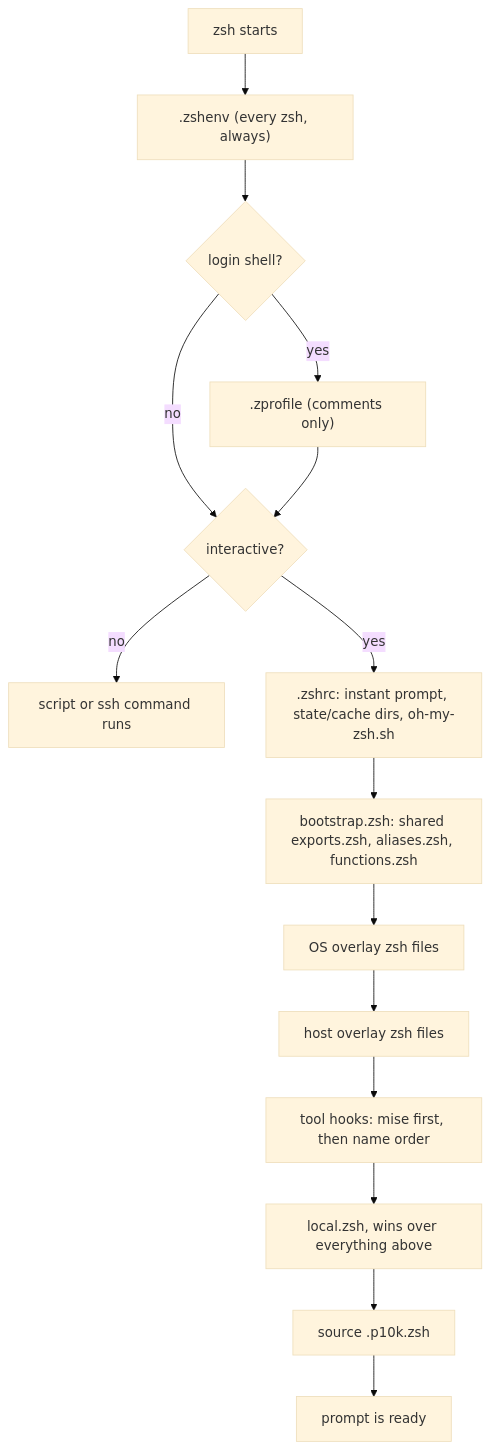
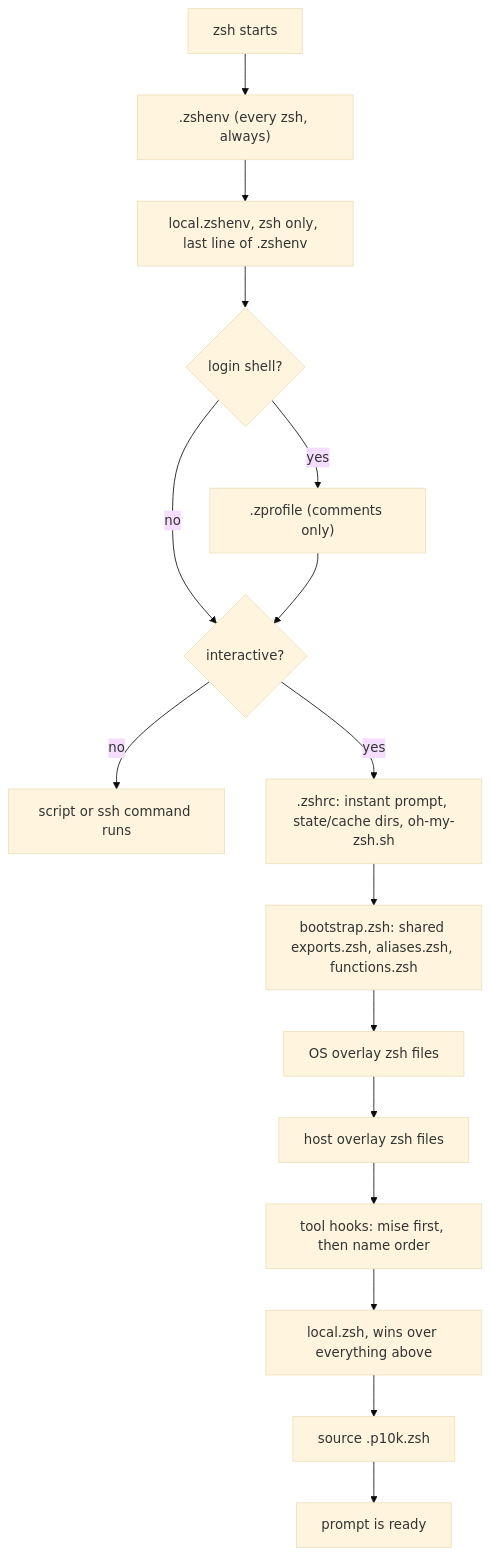
The diagram in docs/shell-startup.md (iagodahlem/dotfiles), drawn with Mermaid (base theme) before and after one commit. The commit also changed other lines of this file, not shown here.

First line of the commit message:
docs: shell startup after local.zshenv and the links-only cleanup

````diff
--- a/docs/shell-startup.md
+++ b/docs/shell-startup.md
@@ -25,17 +25,18 @@
 ```mermaid
 flowchart TD
     A["zsh starts"] --> B[".zshenv (every zsh, always)"]
-    B --> C{"login shell?"}
+    B --> B2["local.zshenv, zsh only, last line of .zshenv"]
+    B2 --> C{"login shell?"}
     C -->|"yes"| D[".zprofile (comments only)"]
     C -->|"no"| E{"interactive?"}
     D --> E
     E -->|"no"| F["script or ssh command runs"]
     E -->|"yes"| G[".zshrc: instant prompt, state/cache dirs, oh-my-zsh.sh"]
     G --> H["bootstrap.zsh: shared exports.zsh, aliases.zsh, functions.zsh"]
     H --> I["OS overlay zsh files"]
     I --> J["host overlay zsh files"]
     J --> K["tool hooks: mise first, then name order"]
     K --> L["local.zsh, wins over everything above"]
     L --> M["source .p10k.zsh"]
     M --> N["prompt is ready"]
 ```
````
